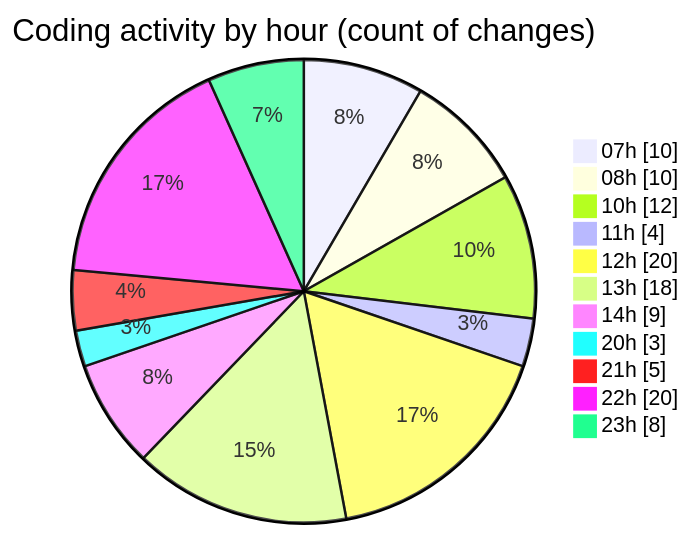
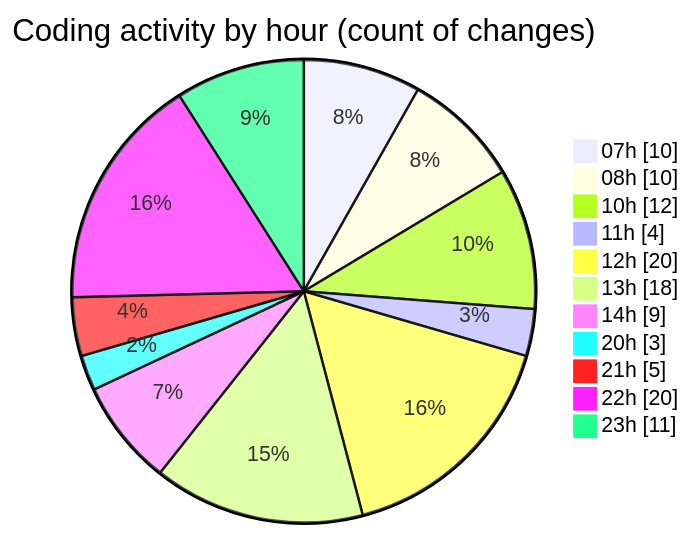
One commit to tmsrecording-cyber/code-tracking changed the second of 2 diagrams in 2026-02-08/singularitybrainai/README.md. Above: the diagram before and after it, drawn with Mermaid. The commit also changed other lines of this file and 1 other file, not shown here.

````diff
--- a/2026-02-08/singularitybrainai/README.md
+++ b/2026-02-08/singularitybrainai/README.md
@@ -49,15 +49,15 @@
 ```mermaid
 pie showData
 title Coding activity by hour (count of changes)
 "07h" : 10
 "08h" : 10
 "10h" : 12
 "11h" : 4
 "12h" : 20
 "13h" : 18
 "14h" : 9
 "20h" : 3
 "21h" : 5
 "22h" : 20
-"23h" : 8
+"23h" : 11
 ```
````
